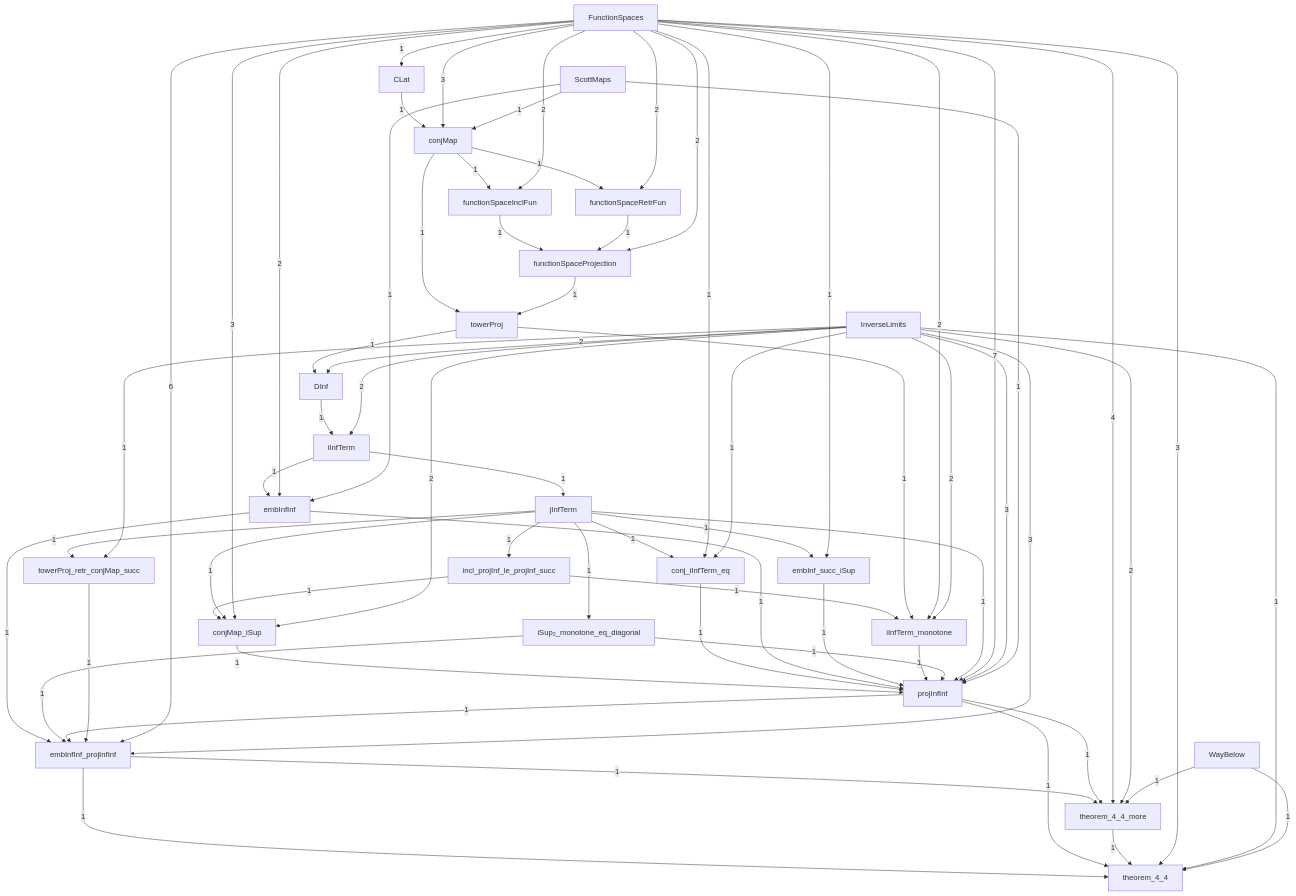
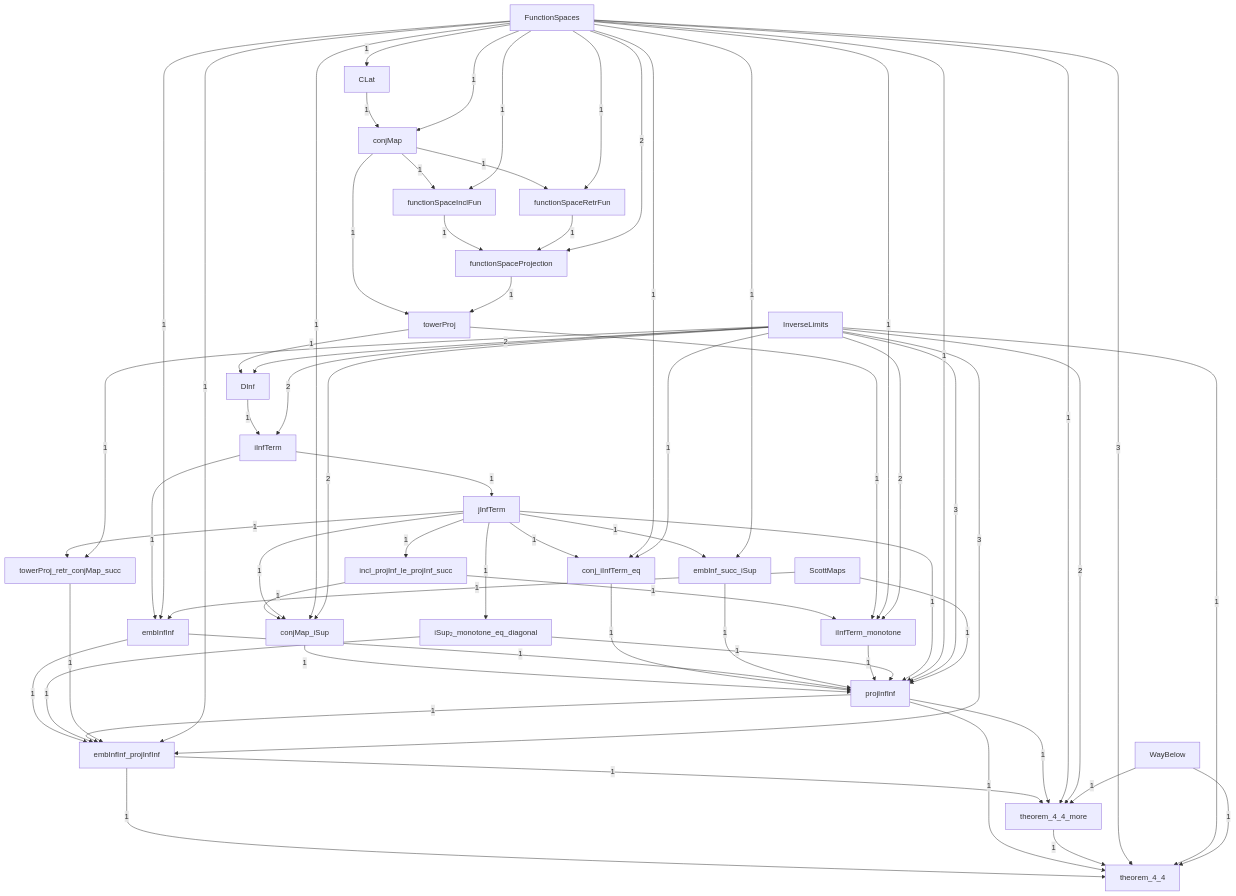
Before and after one commit to catskillsresearch/DomainTheory: the diagram in DomainTheory/ContinuousLattice/FunctionSpaceTower/1972_Function_space_tower.mermaid, drawn with Mermaid. The commit also changed 29 other files, not shown here.

First line of the commit message:
Make the chapter PDF compile Scott's diagrams and revision marks.

```diff
--- a/DomainTheory/ContinuousLattice/FunctionSpaceTower/1972_Function_space_tower.mermaid
+++ b/DomainTheory/ContinuousLattice/FunctionSpaceTower/1972_Function_space_tower.mermaid
@@ -1,99 +1,98 @@
 %% Inside FunctionSpaceTower. A box is one Lean file in this folder, or one subfolder.
 %% A box named as another folder is that whole folder. A box named as another chapter is that whole chapter.
 %% The arrowhead points at the file or folder that imports. The label is how many direct imports.
 flowchart TB
 
   FunctionSpaceTower_CLat["CLat"]
   FunctionSpaceTower_conj_iInfTerm_eq["conj_iInfTerm_eq"]
   FunctionSpaceTower_conjMap["conjMap"]
   FunctionSpaceTower_conjMap_iSup["conjMap_iSup"]
   FunctionSpaceTower_DInf["DInf"]
   FunctionSpaceTower_embInf_succ_iSup["embInf_succ_iSup"]
   FunctionSpaceTower_embInfInf["embInfInf"]
   FunctionSpaceTower_embInfInf_projInfInf["embInfInf_projInfInf"]
   FunctionSpaceTower_functionSpaceInclFun["functionSpaceInclFun"]
   FunctionSpaceTower_functionSpaceProjection["functionSpaceProjection"]
   FunctionSpaceTower_functionSpaceRetrFun["functionSpaceRetrFun"]
   FunctionSpaces["FunctionSpaces"]
   FunctionSpaceTower_iInfTerm["iInfTerm"]
   FunctionSpaceTower_iInfTerm_monotone["iInfTerm_monotone"]
   FunctionSpaceTower_incl_projInf_le_projInf_succ["incl_projInf_le_projInf_succ"]
   InverseLimits["InverseLimits"]
   FunctionSpaceTower_iSup__monotone_eq_diagonal["iSup₂_monotone_eq_diagonal"]
   FunctionSpaceTower_jInfTerm["jInfTerm"]
   FunctionSpaceTower_projInfInf["projInfInf"]
   ScottMaps["ScottMaps"]
   FunctionSpaceTower_theorem_4_4["theorem_4_4"]
   FunctionSpaceTower_theorem_4_4_more["theorem_4_4_more"]
   FunctionSpaceTower_towerProj["towerProj"]
   FunctionSpaceTower_towerProj_retr_conjMap_succ["towerProj_retr_conjMap_succ"]
   WayBelow["WayBelow"]
 
   FunctionSpaces -->|"1"| FunctionSpaceTower_CLat
   FunctionSpaceTower_towerProj -->|"1"| FunctionSpaceTower_DInf
   InverseLimits -->|"2"| FunctionSpaceTower_DInf
   FunctionSpaceTower_CLat -->|"1"| FunctionSpaceTower_conjMap
-  FunctionSpaces -->|"3"| FunctionSpaceTower_conjMap
-  ScottMaps -->|"1"| FunctionSpaceTower_conjMap
+  FunctionSpaces -->|"1"| FunctionSpaceTower_conjMap
   FunctionSpaceTower_incl_projInf_le_projInf_succ -->|"1"| FunctionSpaceTower_conjMap_iSup
   FunctionSpaceTower_jInfTerm -->|"1"| FunctionSpaceTower_conjMap_iSup
-  FunctionSpaces -->|"3"| FunctionSpaceTower_conjMap_iSup
+  FunctionSpaces -->|"1"| FunctionSpaceTower_conjMap_iSup
   InverseLimits -->|"2"| FunctionSpaceTower_conjMap_iSup
   FunctionSpaceTower_jInfTerm -->|"1"| FunctionSpaceTower_conj_iInfTerm_eq
   FunctionSpaces -->|"1"| FunctionSpaceTower_conj_iInfTerm_eq
   InverseLimits -->|"1"| FunctionSpaceTower_conj_iInfTerm_eq
   FunctionSpaceTower_iInfTerm -->|"1"| FunctionSpaceTower_embInfInf
-  FunctionSpaces -->|"2"| FunctionSpaceTower_embInfInf
+  FunctionSpaces -->|"1"| FunctionSpaceTower_embInfInf
   ScottMaps -->|"1"| FunctionSpaceTower_embInfInf
   FunctionSpaceTower_embInfInf -->|"1"| FunctionSpaceTower_embInfInf_projInfInf
   FunctionSpaceTower_iSup__monotone_eq_diagonal -->|"1"| FunctionSpaceTower_embInfInf_projInfInf
   FunctionSpaceTower_projInfInf -->|"1"| FunctionSpaceTower_embInfInf_projInfInf
   FunctionSpaceTower_towerProj_retr_conjMap_succ -->|"1"| FunctionSpaceTower_embInfInf_projInfInf
-  FunctionSpaces -->|"6"| FunctionSpaceTower_embInfInf_projInfInf
+  FunctionSpaces -->|"1"| FunctionSpaceTower_embInfInf_projInfInf
   InverseLimits -->|"3"| FunctionSpaceTower_embInfInf_projInfInf
   FunctionSpaceTower_jInfTerm -->|"1"| FunctionSpaceTower_embInf_succ_iSup
   FunctionSpaces -->|"1"| FunctionSpaceTower_embInf_succ_iSup
   FunctionSpaceTower_conjMap -->|"1"| FunctionSpaceTower_functionSpaceInclFun
-  FunctionSpaces -->|"2"| FunctionSpaceTower_functionSpaceInclFun
+  FunctionSpaces -->|"1"| FunctionSpaceTower_functionSpaceInclFun
   FunctionSpaceTower_functionSpaceInclFun -->|"1"| FunctionSpaceTower_functionSpaceProjection
   FunctionSpaceTower_functionSpaceRetrFun -->|"1"| FunctionSpaceTower_functionSpaceProjection
   FunctionSpaces -->|"2"| FunctionSpaceTower_functionSpaceProjection
   FunctionSpaceTower_conjMap -->|"1"| FunctionSpaceTower_functionSpaceRetrFun
-  FunctionSpaces -->|"2"| FunctionSpaceTower_functionSpaceRetrFun
+  FunctionSpaces -->|"1"| FunctionSpaceTower_functionSpaceRetrFun
   FunctionSpaceTower_DInf -->|"1"| FunctionSpaceTower_iInfTerm
   InverseLimits -->|"2"| FunctionSpaceTower_iInfTerm
   FunctionSpaceTower_incl_projInf_le_projInf_succ -->|"1"| FunctionSpaceTower_iInfTerm_monotone
   FunctionSpaceTower_towerProj -->|"1"| FunctionSpaceTower_iInfTerm_monotone
-  FunctionSpaces -->|"2"| FunctionSpaceTower_iInfTerm_monotone
+  FunctionSpaces -->|"1"| FunctionSpaceTower_iInfTerm_monotone
   InverseLimits -->|"2"| FunctionSpaceTower_iInfTerm_monotone
   FunctionSpaceTower_jInfTerm -->|"1"| FunctionSpaceTower_iSup__monotone_eq_diagonal
   FunctionSpaceTower_jInfTerm -->|"1"| FunctionSpaceTower_incl_projInf_le_projInf_succ
   FunctionSpaceTower_iInfTerm -->|"1"| FunctionSpaceTower_jInfTerm
   FunctionSpaceTower_conjMap_iSup -->|"1"| FunctionSpaceTower_projInfInf
   FunctionSpaceTower_conj_iInfTerm_eq -->|"1"| FunctionSpaceTower_projInfInf
   FunctionSpaceTower_embInfInf -->|"1"| FunctionSpaceTower_projInfInf
   FunctionSpaceTower_embInf_succ_iSup -->|"1"| FunctionSpaceTower_projInfInf
   FunctionSpaceTower_iInfTerm_monotone -->|"1"| FunctionSpaceTower_projInfInf
   FunctionSpaceTower_iSup__monotone_eq_diagonal -->|"1"| FunctionSpaceTower_projInfInf
   FunctionSpaceTower_jInfTerm -->|"1"| FunctionSpaceTower_projInfInf
-  FunctionSpaces -->|"7"| FunctionSpaceTower_projInfInf
+  FunctionSpaces -->|"1"| FunctionSpaceTower_projInfInf
   InverseLimits -->|"3"| FunctionSpaceTower_projInfInf
   ScottMaps -->|"1"| FunctionSpaceTower_projInfInf
   FunctionSpaceTower_embInfInf_projInfInf -->|"1"| FunctionSpaceTower_theorem_4_4
   FunctionSpaceTower_projInfInf -->|"1"| FunctionSpaceTower_theorem_4_4
   FunctionSpaceTower_theorem_4_4_more -->|"1"| FunctionSpaceTower_theorem_4_4
   FunctionSpaces -->|"3"| FunctionSpaceTower_theorem_4_4
   InverseLimits -->|"1"| FunctionSpaceTower_theorem_4_4
   WayBelow -->|"1"| FunctionSpaceTower_theorem_4_4
   FunctionSpaceTower_embInfInf_projInfInf -->|"1"| FunctionSpaceTower_theorem_4_4_more
   FunctionSpaceTower_projInfInf -->|"1"| FunctionSpaceTower_theorem_4_4_more
-  FunctionSpaces -->|"4"| FunctionSpaceTower_theorem_4_4_more
+  FunctionSpaces -->|"1"| FunctionSpaceTower_theorem_4_4_more
   InverseLimits -->|"2"| FunctionSpaceTower_theorem_4_4_more
   WayBelow -->|"1"| FunctionSpaceTower_theorem_4_4_more
   FunctionSpaceTower_conjMap -->|"1"| FunctionSpaceTower_towerProj
   FunctionSpaceTower_functionSpaceProjection -->|"1"| FunctionSpaceTower_towerProj
   FunctionSpaceTower_jInfTerm -->|"1"| FunctionSpaceTower_towerProj_retr_conjMap_succ
   InverseLimits -->|"1"| FunctionSpaceTower_towerProj_retr_conjMap_succ
 
   classDef file fill:#dbeafe,stroke:#1d4ed8,color:#1e3a8a
   classDef ext fill:#f3f4f6,stroke:#374151,color:#111827
```
